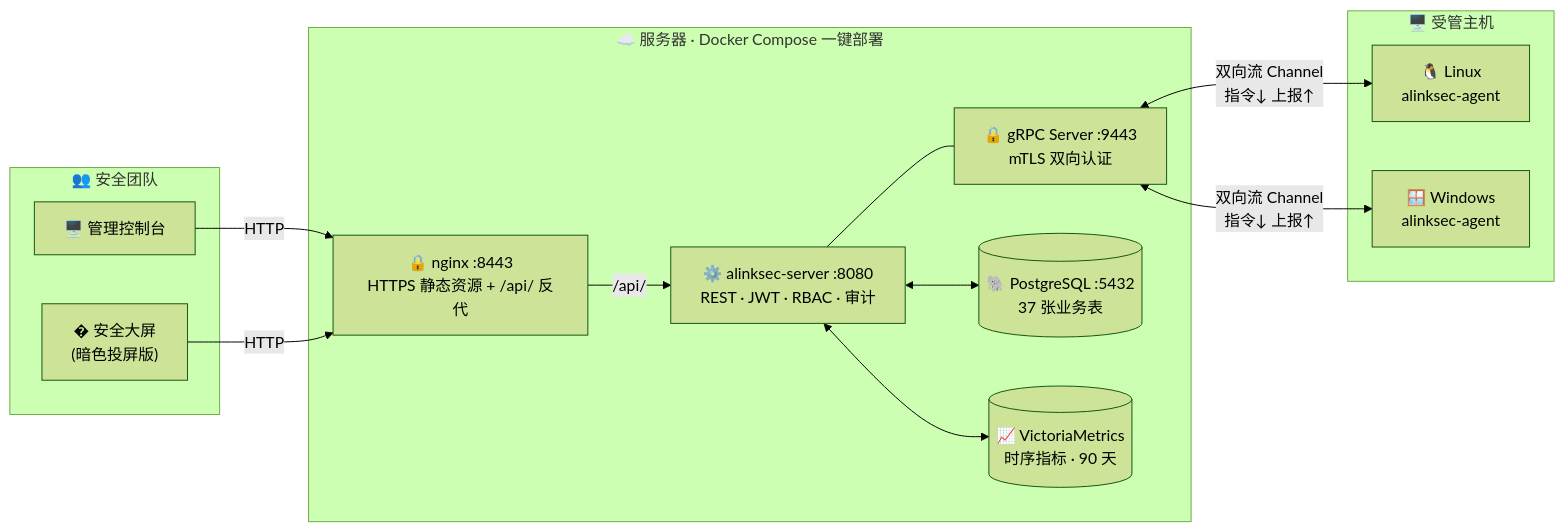
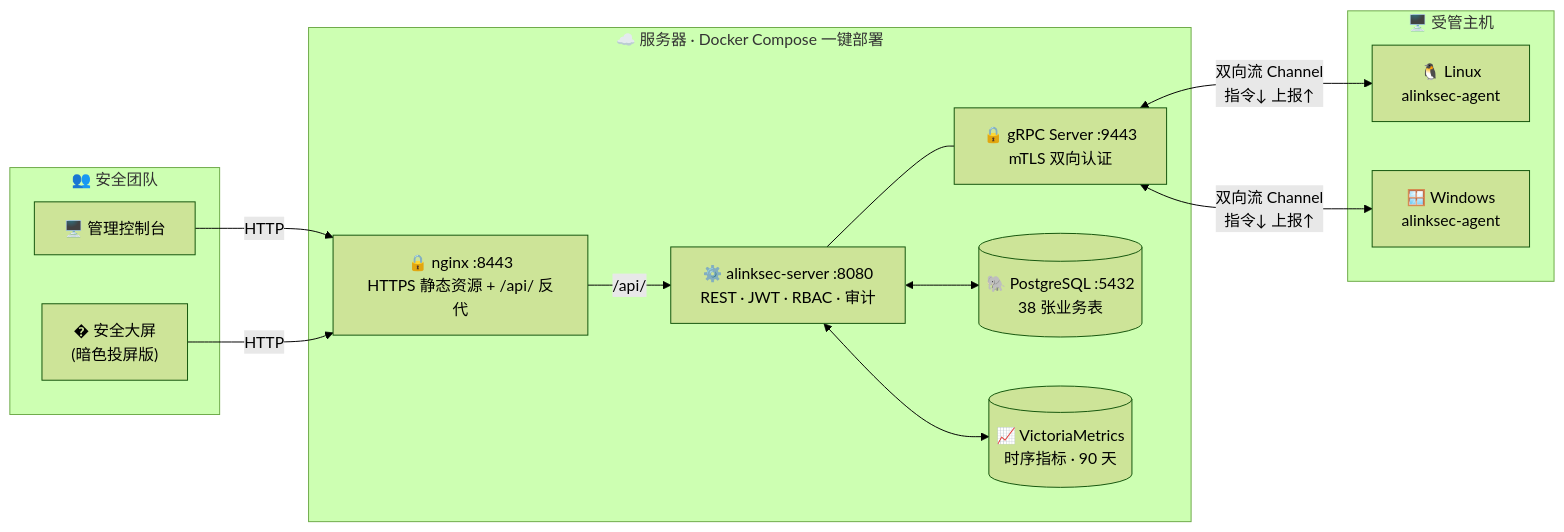
Before and after one commit to wybroot/alinksec: the first of 4 diagrams in README.md, drawn with Mermaid (forest theme). The commit also changed other lines of this file and 1 other file, not shown here.

Commit message:
docs: record host process asset schema

````diff
--- a/README.md
+++ b/README.md
@@ -71,26 +71,26 @@
 ```mermaid
 flowchart LR
     subgraph CLIENT["👥 安全团队"]
         B1["🖥️ 管理控制台"]
         B2["� 安全大屏<br/>(暗色投屏版)"]
     end
 
     subgraph SERVER["☁️ 服务器 · Docker Compose 一键部署"]
         NGINX["🔒 nginx :8443<br/>HTTPS 静态资源 + /api/ 反代"]
         SRV["⚙️ alinksec-server :8080<br/>REST · JWT · RBAC · 审计"]
         GRPC["🔒 gRPC Server :9443<br/>mTLS 双向认证"]
-        PG[("🐘 PostgreSQL :5432<br/>37 张业务表")]
+        PG[("🐘 PostgreSQL :5432<br/>38 张业务表")]
         VM[("📈 VictoriaMetrics<br/>时序指标 · 90 天")]
     end
 
     subgraph HOSTS["🖥️ 受管主机"]
         A1["🐧 Linux<br/>alinksec-agent"]
         A2["🪟 Windows<br/>alinksec-agent"]
     end
 
     B1 & B2 -->|HTTP| NGINX -->|/api/| SRV
     SRV <--> PG
     SRV <--> VM
     GRPC <-->|"双向流 Channel<br/>指令↓ 上报↑"| A1 & A2
     SRV --- GRPC
 ```
````
